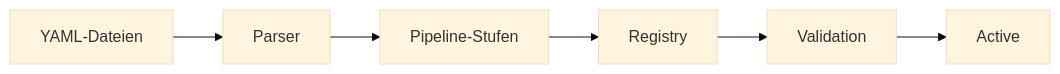
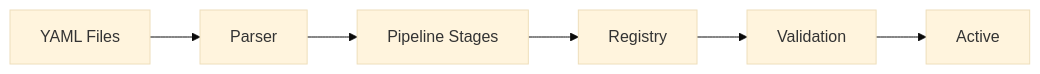
The second of 3 diagrams in de/internals/architecture.md (wippyai/docs), drawn with Mermaid (base theme) before and after one commit. The commit also changed other lines of this file and 870 other files, not shown here.

````diff
--- a/de/internals/architecture.md
+++ b/de/internals/architecture.md
@@ -144,8 +143,8 @@
 ```mermaid
 flowchart LR
-    YAML[YAML-Dateien] --> Parser
-    Parser --> Stages[Pipeline-Stufen]
+    YAML[YAML Files] --> Parser
+    Parser --> Stages[Pipeline Stages]
     Stages --> Registry
     Registry --> Validation
     Validation --> Active
 ```
````
